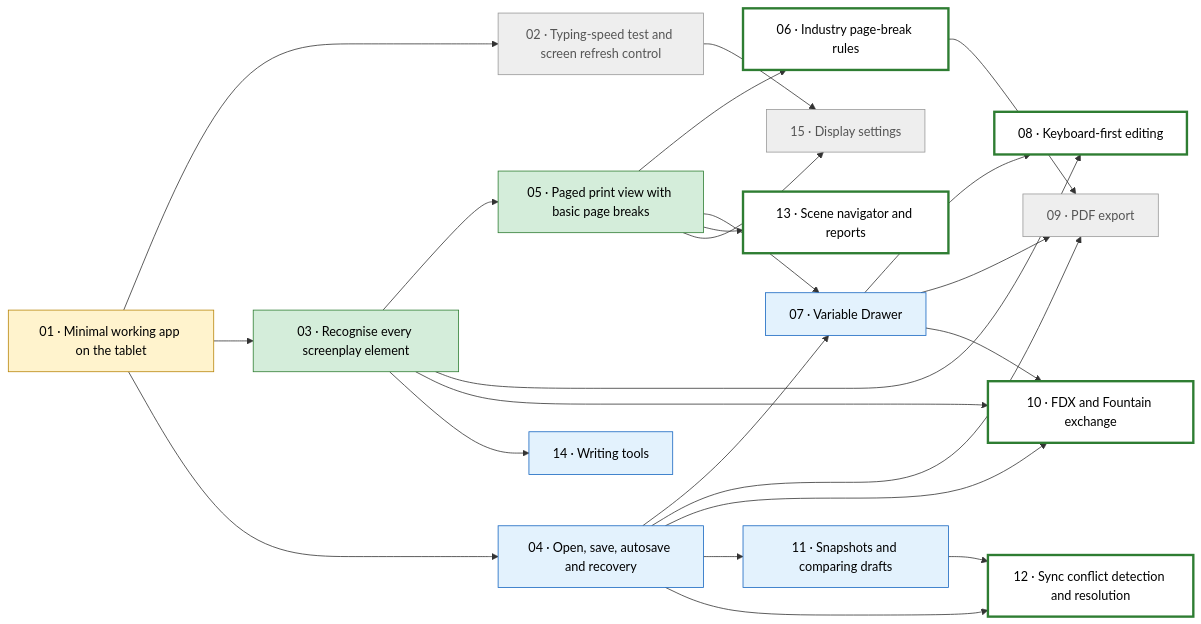
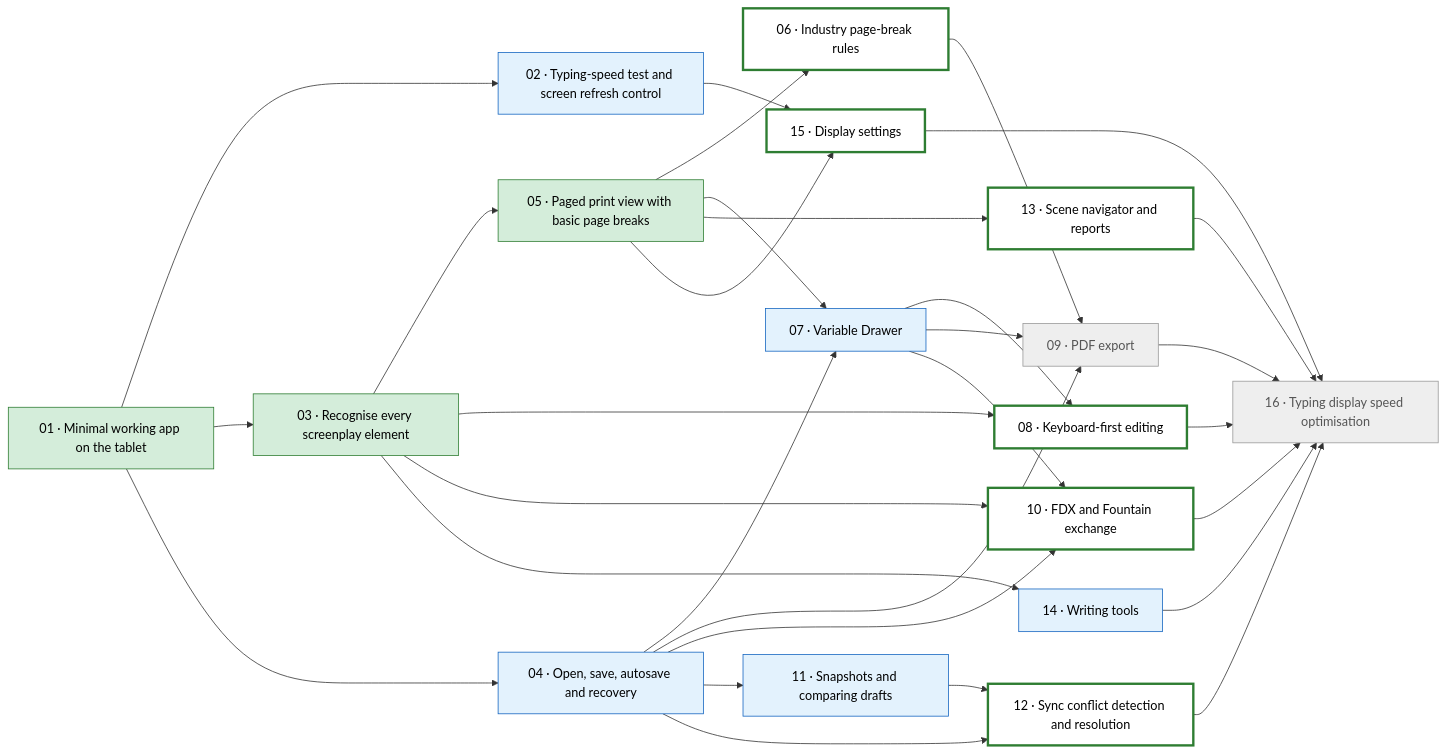
One commit to mikebgio/eink-screenplay-writer changed the diagram in PLAN.md. Above: the diagram before and after it, drawn with Mermaid. The commit also changed other lines of this file and 20 other files, not shown here.

First line of the commit message:
02: Typing-speed test and screen refresh control (#23)

````diff
--- a/PLAN.md
+++ b/PLAN.md
@@ -45,45 +45,53 @@
 ```mermaid
 flowchart LR
-  T01["01 · Minimal working app on the tablet"]:::inprogress
-  T02["02 · Typing-speed test and screen refresh control"]:::blocked
+  T01["01 · Minimal working app on the tablet"]:::done
+  T02["02 · Typing-speed test and screen refresh control"]:::needsdevice
   T03["03 · Recognise every screenplay element"]:::done
   T04["04 · Open, save, autosave and recovery"]:::needsdevice
   T05["05 · Paged print view with basic page breaks"]:::done
   T06["06 · Industry page-break rules"]:::ready
   T07["07 · Variable Drawer"]:::needsdevice
   T08["08 · Keyboard-first editing"]:::ready
   T09["09 · PDF export"]:::blocked
   T10["10 · FDX and Fountain exchange"]:::ready
   T11["11 · Snapshots and comparing drafts"]:::needsdevice
   T12["12 · Sync conflict detection and resolution"]:::ready
   T13["13 · Scene navigator and reports"]:::ready
   T14["14 · Writing tools"]:::needsdevice
-  T15["15 · Display settings"]:::blocked
+  T15["15 · Display settings"]:::ready
+  T16["16 · Typing display speed optimisation"]:::blocked
   T01 --> T02
   T01 --> T03
   T01 --> T04
   T03 --> T05
   T05 --> T06
   T04 --> T07
   T05 --> T07
   T03 --> T08
   T07 --> T08
   T04 --> T09
   T06 --> T09
   T07 --> T09
   T03 --> T10
   T04 --> T10
   T07 --> T10
   T04 --> T11
   T04 --> T12
   T11 --> T12
   T05 --> T13
   T03 --> T14
   T02 --> T15
   T05 --> T15
+  T08 --> T16
+  T09 --> T16
+  T10 --> T16
+  T12 --> T16
+  T13 --> T16
+  T14 --> T16
+  T15 --> T16
   classDef done fill:#d4edda,stroke:#2e7d32,color:#000
   classDef needsdevice fill:#e3f2fd,stroke:#1565c0,color:#000
   classDef inprogress fill:#fff3cd,stroke:#b8860b,color:#000
   classDef ready fill:#ffffff,stroke:#2e7d32,stroke-width:3px,color:#000
   classDef blocked fill:#eeeeee,stroke:#999,color:#555
 ```
````
